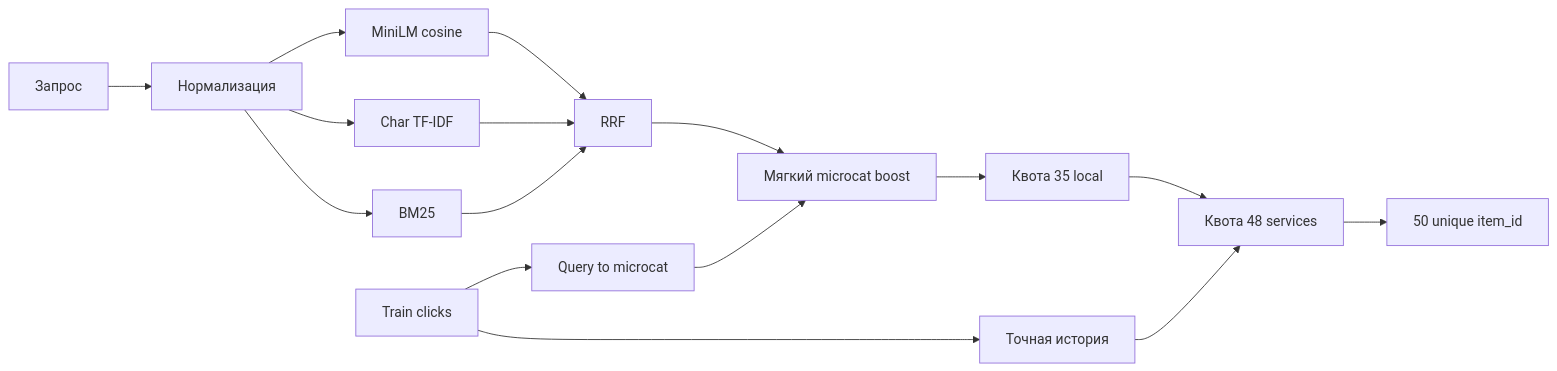
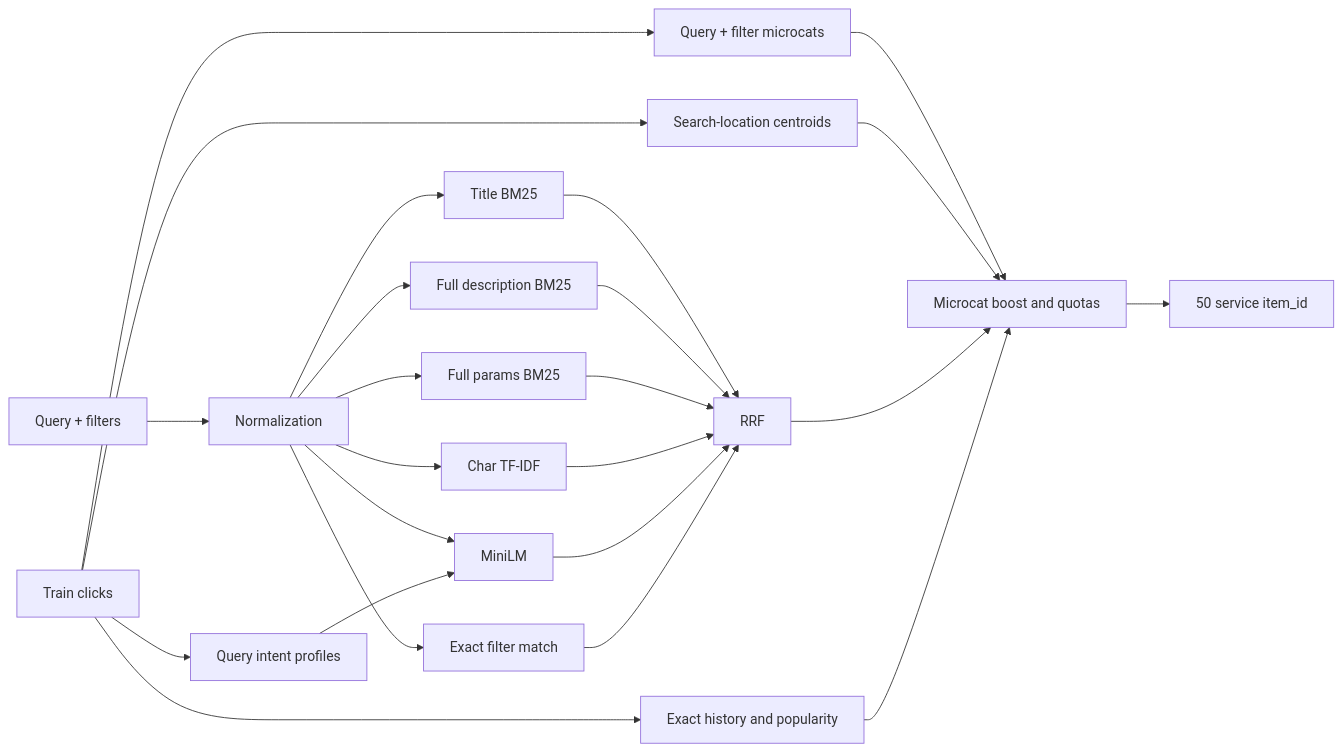
One commit to Pesimistixxx/AvitoNLP changed the diagram in README.md. Above: the diagram before and after it, drawn with Mermaid. The commit also changed other lines of this file and 1 other file, not shown here.

````diff
--- a/README.md
+++ b/README.md
@@ -7,18 +111,26 @@
 ```mermaid
 flowchart LR
-    Q[Запрос] --> N[Нормализация]
-    N --> B[BM25]
+    Q[Query + filters] --> N[Normalization]
+    N --> T[Title BM25]
+    N --> D[Full description BM25]
+    N --> P[Full params BM25]
     N --> C[Char TF-IDF]
-    N --> D[MiniLM cosine]
-    B --> R[RRF]
+    N --> E[MiniLM]
+    N --> F[Exact filter match]
+    T --> R[RRF]
+    D --> R
+    P --> R
     C --> R
-    D --> R
-    T[Train clicks] --> H[Точная история]
-    T --> M[Query to microcat]
-    M --> S[Мягкий microcat boost]
+    E --> R
+    F --> R
+    TR[Train clicks] --> M[Query + filter microcats]
+    TR --> G[Search-location centroids]
+    TR --> H[Exact history and popularity]
+    TR --> QP[Query intent profiles]
+    QP --> E
+    M --> S[Microcat boost and quotas]
+    G --> S
     R --> S
-    S --> K[Квота 35 local]
-    K --> U[Квота 48 services]
-    H --> U
-    U --> O[50 unique item_id]
+    H --> S
+    S --> O[50 service item_id]
 ```
````
